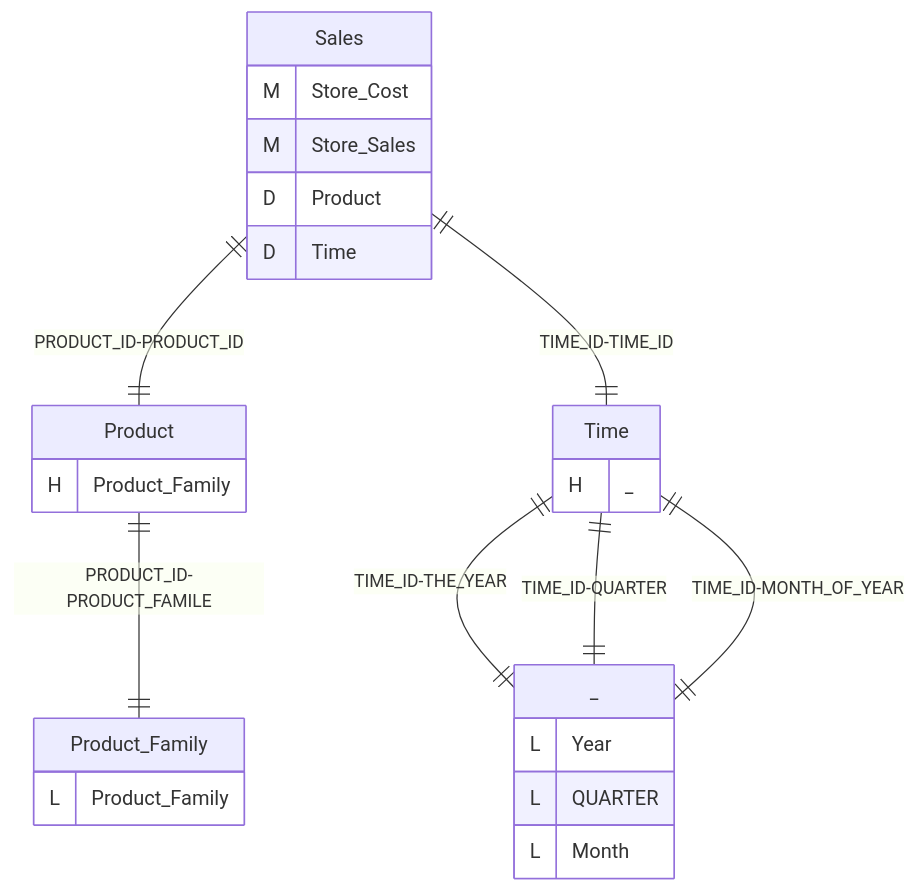
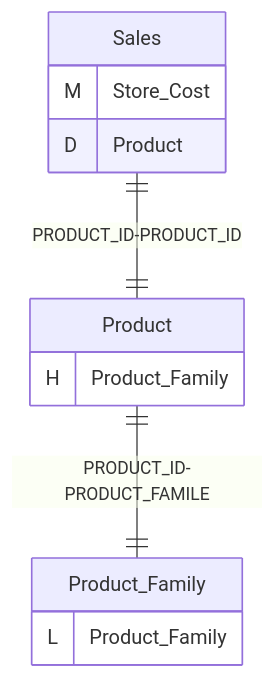
One commit to xmla-services/workground changed the first of 4 diagrams in demo/server/catalogs/tutorial_28_Cube_with_Aggregate_tables/README.MD. Above: the diagram before and after it, drawn with Mermaid. The commit also changed other lines of this file and 10 other files, not shown here.

````diff
--- a/demo/server/catalogs/tutorial_28_Cube_with_Aggregate_tables/README.MD
+++ b/demo/server/catalogs/tutorial_28_Cube_with_Aggregate_tables/README.MD
@@ -86,40 +58,26 @@
 ```mermaid
 %%{init: {
 "theme": "default",
 "themeCSS": [
     ".er.entityBox {stroke: black;}",
     ".er.attributeBoxEven {stroke: black;}",
     ".er.attributeBoxOdd {stroke: black;}",
     "[id^=entity-c] .er.entityBox { fill: lightgreen;} ",
     "[id^=entity-d] .er.entityBox { fill: powderblue;} ",
     "[id^=entity-h] .er.entityBox { fill: pink;} "
 ]
 }}%%
 erDiagram
 c0["Sales"]{
 M Store_Cost ""
-M Store_Sales ""
 D Product ""
-D Time ""
 }
 d00["Product"] {
 H Product_Family ""
 }
 h000["Product_Family"] {
 L Product_Family ""
 }
-d01["Time"] {
-H _ ""
-}
-h010["_"] {
-L Year ""
-L QUARTER ""
-L Month ""
-}
 "c0" ||--|| "d00" : "PRODUCT_ID-PRODUCT_ID"
 "d00" ||--|| "h000" : "PRODUCT_ID-PRODUCT_FAMILE"
-"c0" ||--|| "d01" : "TIME_ID-TIME_ID"
-"d01" ||--|| "h010" : "TIME_ID-THE_YEAR"
-"d01" ||--|| "h010" : "TIME_ID-QUARTER"
-"d01" ||--|| "h010" : "TIME_ID-MONTH_OF_YEAR"
 ```
````
